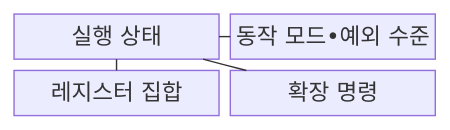
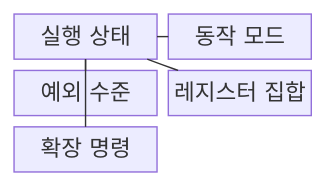
The first of 2 diagrams in src/content/docs/notes/02-hardware/005_arm_architecture.md (agnusdei1207/knowledge-base), drawn with Mermaid before and after one commit. The commit also changed other lines of this file and 20 other files, not shown here.

````diff
--- a/src/content/docs/notes/02-hardware/005_arm_architecture.md
+++ b/src/content/docs/notes/02-hardware/005_arm_architecture.md
@@ -72,7 +72,8 @@
 ```mermaid
 block-beta
     columns 2
-    E["실행 상태"] --- P["동작 모드•예외 수준"]
+    E["실행 상태"] --- M["동작 모드"]
+    E --- P["예외 수준"]
     E --- R["레지스터 집합"]
     E --- X["확장 명령"]
 ```
````
